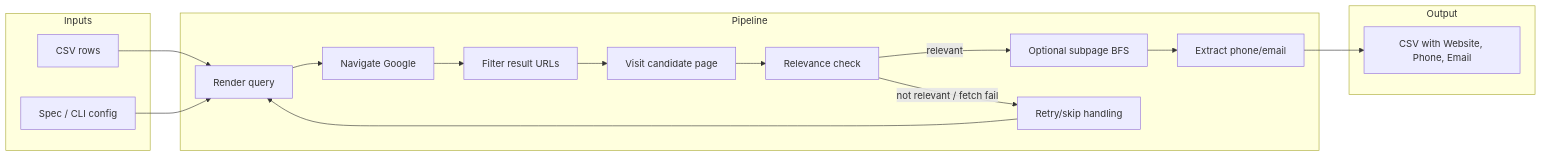
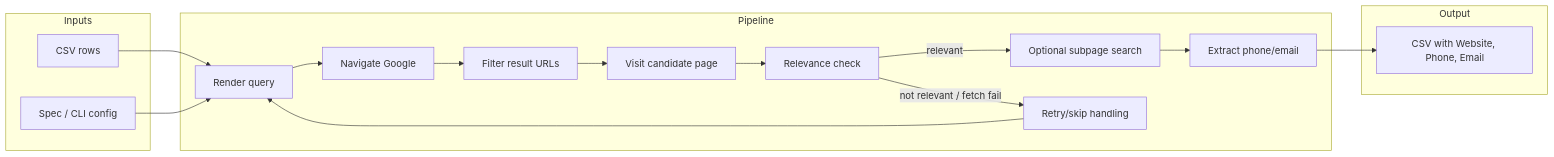
The first of 2 diagrams in README.md (sebastianspicker-archive/humanized-selenium-scraper), drawn with Mermaid before and after one commit. The commit also changed other lines of this file and 13 other files, not shown here.

````diff
--- a/README.md
+++ b/README.md
@@ -24,31 +24,31 @@
 ```mermaid
 flowchart LR
   subgraph inputs [Inputs]
     CSV[CSV rows]
     Spec[Spec / CLI config]
   end
   subgraph pipeline [Pipeline]
     Query[Render query]
     Google[Navigate Google]
     Filter[Filter result URLs]
     Visit[Visit candidate page]
     Eval[Relevance check]
-    Sub[Optional subpage BFS]
+    Sub[Optional subpage search]
     Extract[Extract phone/email]
     Retry[Retry/skip handling]
   end
   subgraph out [Output]
     OutCSV[CSV with Website, Phone, Email]
   end
   CSV --> Query
   Spec --> Query
   Query --> Google
   Google --> Filter
   Filter --> Visit
   Visit --> Eval
   Eval -->|"relevant"| Sub
   Eval -->|"not relevant / fetch fail"| Retry
   Retry --> Query
   Sub --> Extract
   Extract --> OutCSV
 ```
````
